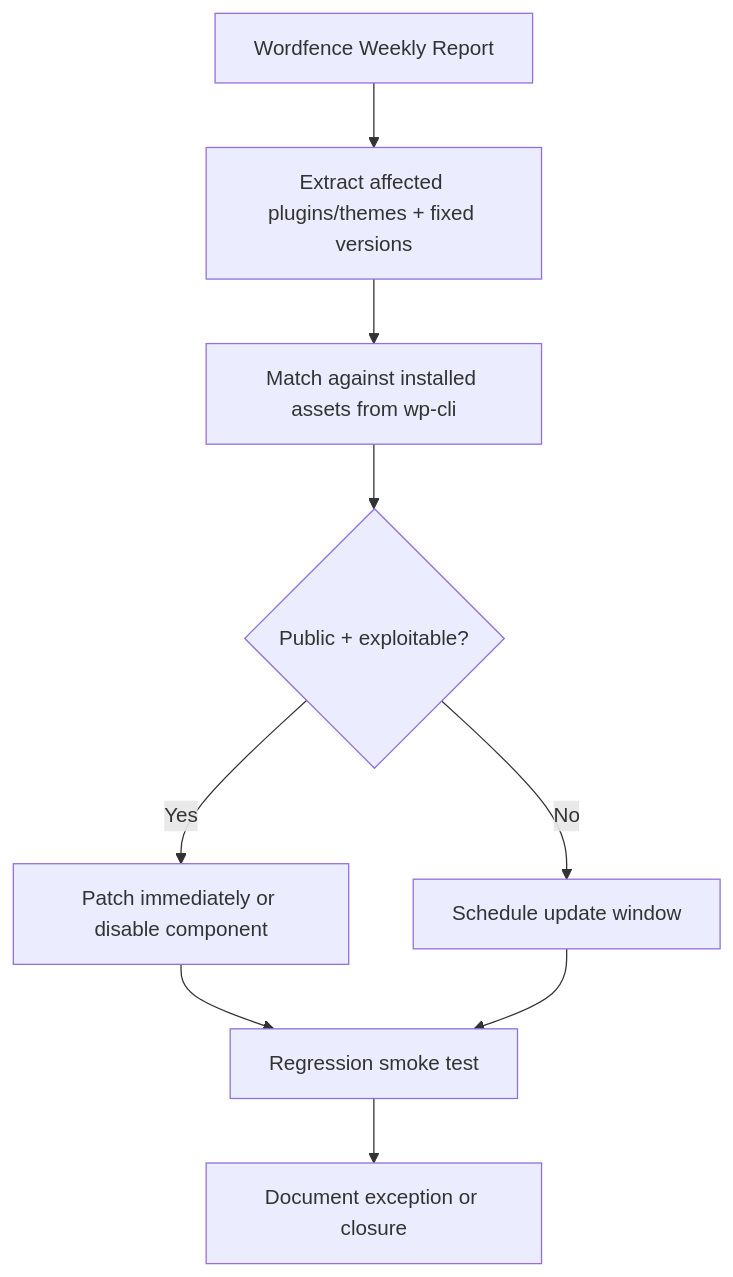
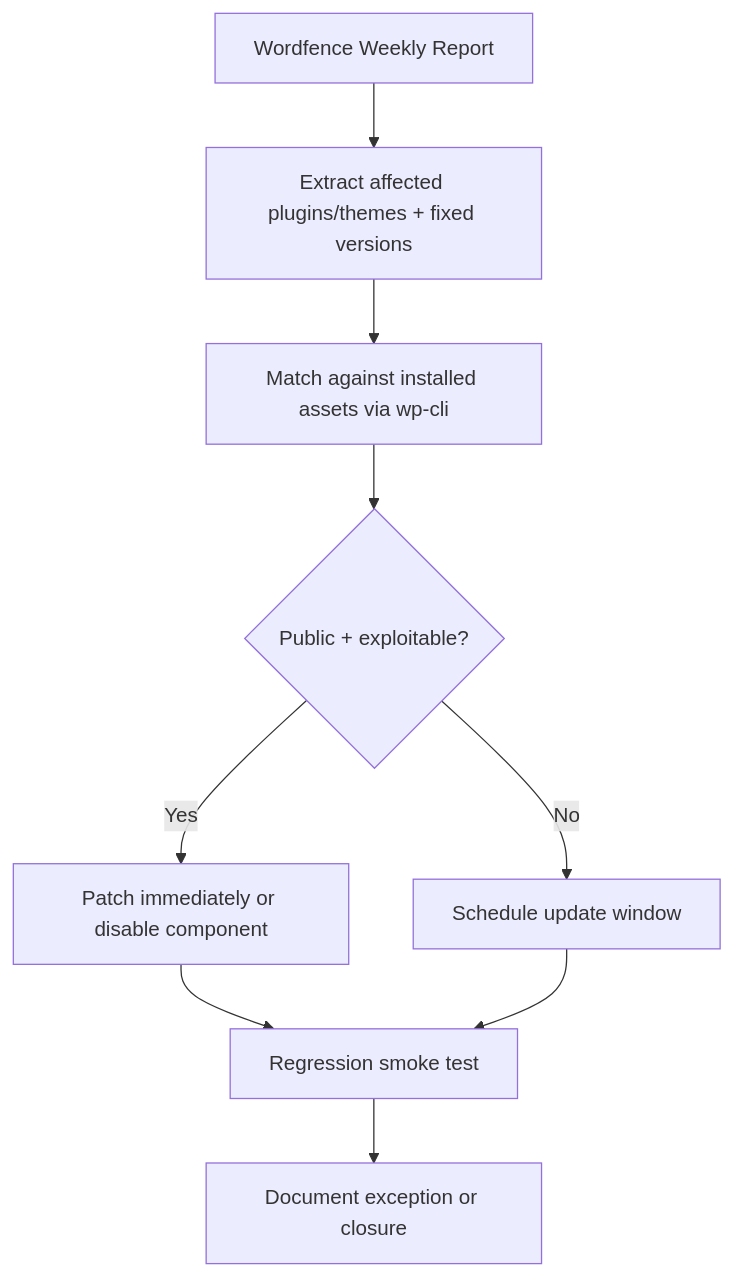
Before and after one commit to victorstack-ai/agent-blog: the diagram in blog/2026-02-26-wordpress-weekly-vuln-patch-pipeline.md, drawn with Mermaid. The commit also changed other lines of this file and 117 other files, not shown here.

````diff
--- a/blog/2026-02-26-wordpress-weekly-vuln-patch-pipeline.md
+++ b/blog/2026-02-26-wordpress-weekly-vuln-patch-pipeline.md
@@ -25,11 +31,11 @@
 ```mermaid
 flowchart TD
-A[Wordfence Weekly Report] --> B[Extract affected plugins/themes + fixed versions]
-B --> C[Match against installed assets from wp-cli]
-C --> D{Public + exploitable?}
-D -- Yes --> E[Patch immediately or disable component]
-D -- No --> F[Schedule update window]
-E --> G[Regression smoke test]
-F --> G
-G --> H[Document exception or closure]
+    A[Wordfence Weekly Report] --> B[Extract affected plugins/themes + fixed versions]
+    B --> C[Match against installed assets via wp-cli]
+    C --> D{Public + exploitable?}
+    D -->|Yes| E[Patch immediately or disable component]
+    D -->|No| F[Schedule update window]
+    E --> G[Regression smoke test]
+    F --> G
+    G --> H[Document exception or closure]
 ```
````
